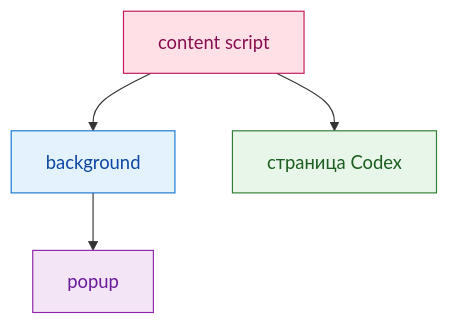
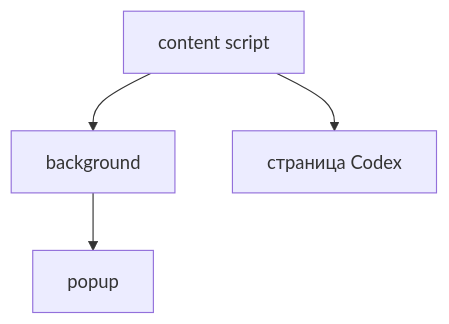
One commit to nicelight/Codexex changed the second of 5 diagrams in README.md. Above: the diagram before and after it, drawn with Mermaid. The commit also changed other lines of this file, not shown here.

Commit message:
Adjust 'How it works' diagram orientation

````diff
--- a/README.md
+++ b/README.md
@@ -153,11 +82,6 @@
 ```mermaid
 flowchart TB
-  CS[content script]:::cs --> SW[background]:::sw
-  SW --> POP[popup]:::ui
-  CS --> DOM[страница Codex]:::dom
-
-  classDef cs fill:#ffe0e6,stroke:#c2185b,color:#880e4f;
-  classDef sw fill:#e3f2fd,stroke:#1976d2,color:#0d47a1;
-  classDef ui fill:#f3e5f5,stroke:#8e24aa,color:#6a1b9a;
-  classDef dom fill:#e8f5e9,stroke:#2e7d32,color:#1b5e20;
+  CS[content script] --> SW[background]
+  SW --> POP[popup]
+  CS --> DOM[страница Codex]
 ```
````
